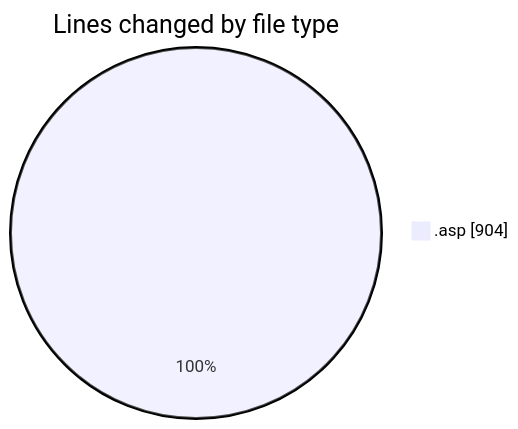
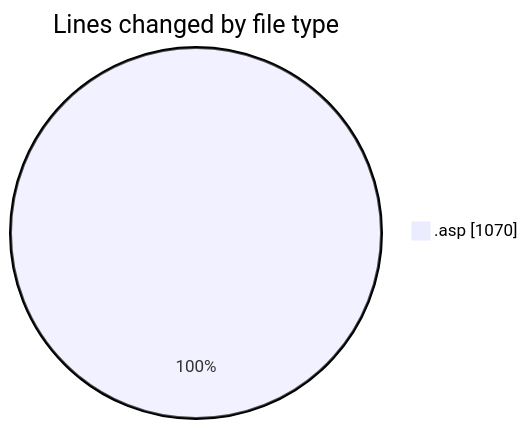
Before and after one commit to julien-gomy/code-tracking: the first of 2 diagrams in 2025-10-28/usr_aleoudev_fr__workspace_/README.md, drawn with Mermaid. The commit also changed other lines of this file and 1 other file, not shown here.

````diff
--- a/2025-10-28/usr_aleoudev_fr__workspace_/README.md
+++ b/2025-10-28/usr_aleoudev_fr__workspace_/README.md
@@ -24,5 +25,5 @@
 ```mermaid
 pie showData
 title Lines changed by file type
-".asp" : 904
+".asp" : 1070
 ```
````
